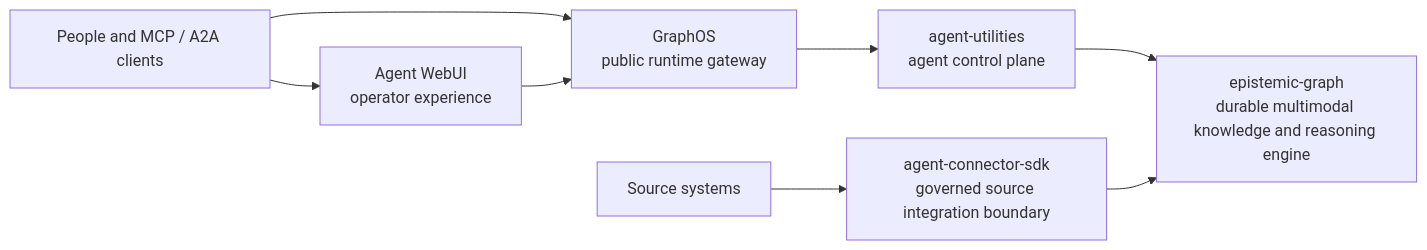
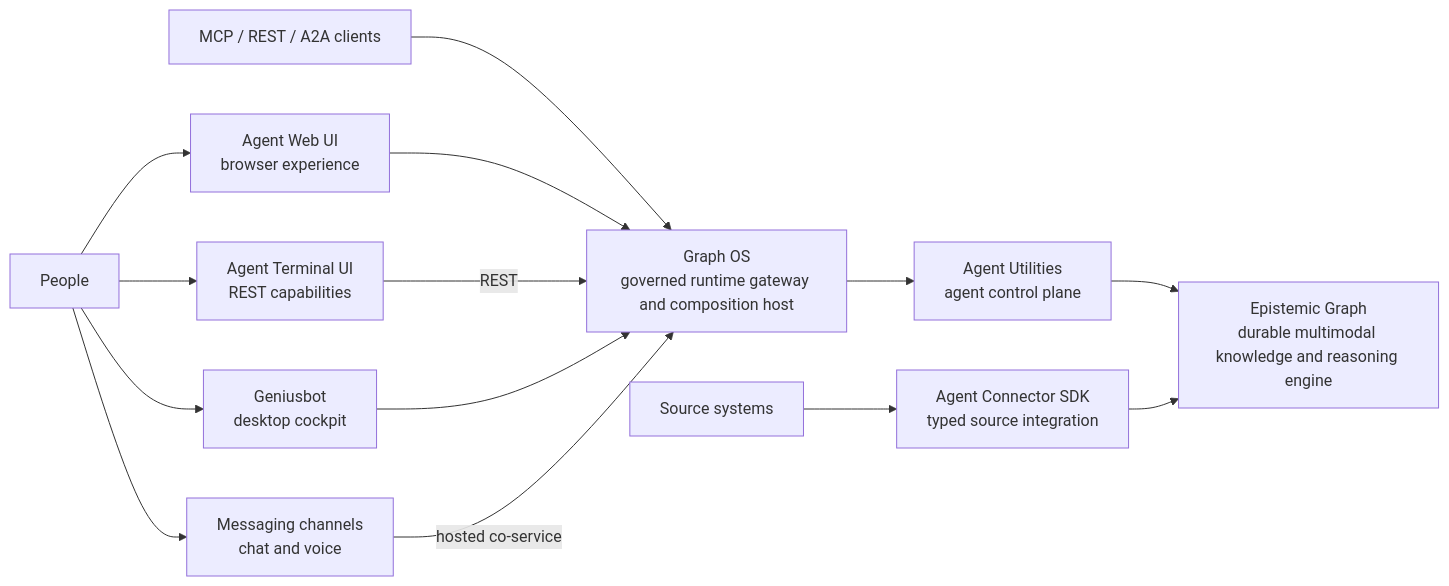
The diagram in docs/assets/runtime-architecture.mmd (Knuckles-Team/agent-connector-sdk), drawn with Mermaid before and after one commit. The commit also changed 11 other files, not shown here.

Commit message:
docs: align connector SDK public surface

```diff
--- a/docs/assets/runtime-architecture.mmd
+++ b/docs/assets/runtime-architecture.mmd
@@ -1,16 +1,26 @@
 flowchart LR
-  People["People and MCP / A2A clients"]
-  WebUI["Agent WebUI<br/>operator experience"]
-  GraphOS["GraphOS<br/>public runtime gateway"]
-  AU["agent-utilities<br/>agent control plane"]
-  EG["epistemic-graph<br/>durable multimodal knowledge and reasoning engine"]
+  People["People"]
+  WebUI["Agent Web UI<br/>browser experience"]
+  TUI["Agent Terminal UI<br/>REST capabilities"]
+  Genius["Geniusbot<br/>desktop cockpit"]
+  Messaging["Messaging channels<br/>chat and voice"]
+  Clients["MCP / REST / A2A clients"]
+  GraphOS["Graph OS<br/>governed runtime gateway and composition host"]
+  AU["Agent Utilities<br/>agent control plane"]
+  EG["Epistemic Graph<br/>durable multimodal knowledge and reasoning engine"]
   Sources["Source systems"]
-  SDK["agent-connector-sdk<br/>governed source integration boundary"]
+  SDK["Agent Connector SDK<br/>typed source integration"]
 
   People --> WebUI
-  People --> GraphOS
+  People --> TUI
+  People --> Genius
+  People --> Messaging
+  Clients --> GraphOS
   WebUI --> GraphOS
+  TUI -->|REST| GraphOS
+  Genius --> GraphOS
+  Messaging -->|hosted co-service| GraphOS
   GraphOS --> AU
   AU --> EG
   Sources --> SDK
   SDK --> EG
```
